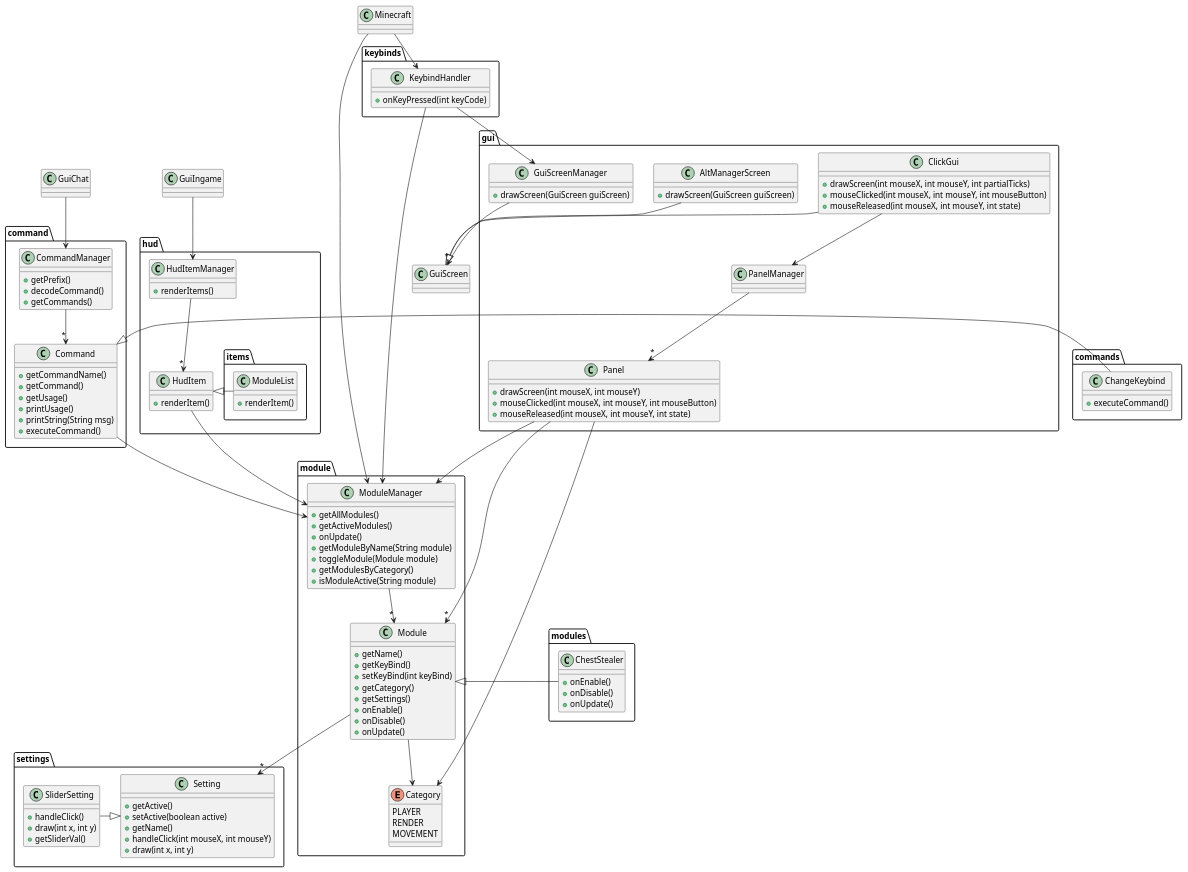
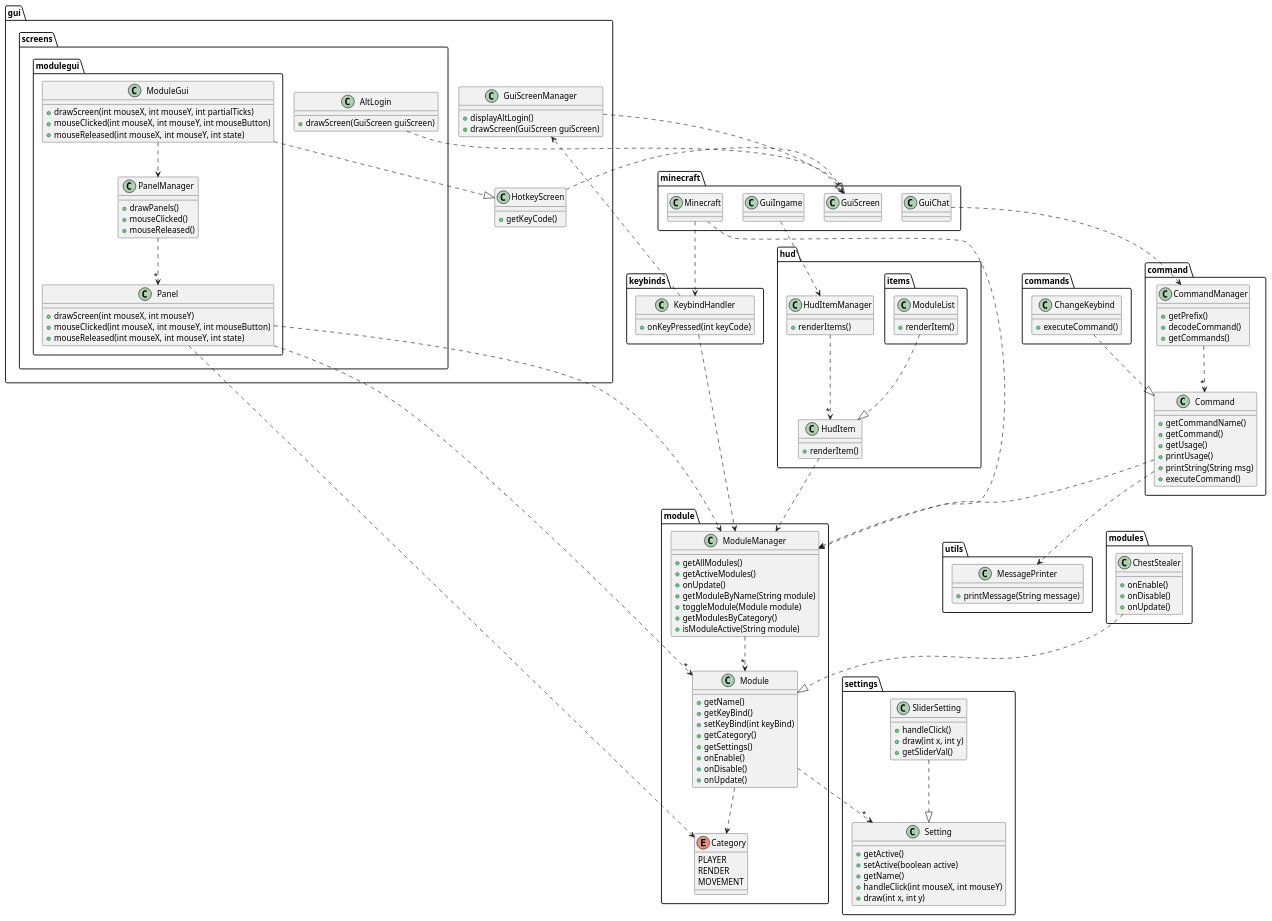
Before and after one commit to philipp-sebastian/jetclient: the diagram in jetclient/docs/jetclient.puml, drawn with PlantUML. The commit also changed 30 other files, not shown here.

```diff
--- a/jetclient/docs/jetclient.puml
+++ b/jetclient/docs/jetclient.puml
@@ -1,160 +1,180 @@
 @startuml
 
+namespace minecraft {
 class Minecraft
 class GuiScreen
 class GuiChat
 class GuiIngame
+}
 
 namespace command {
 class Command {
     + getCommandName()
     + getCommand()
     + getUsage()
     + printUsage()
     + printString(String msg)
     + executeCommand()
 }
 
 class CommandManager {
     + getPrefix()
     + decodeCommand()
     + getCommands()
 }
 }
 
 namespace commands {
 class ChangeKeybind {
     + executeCommand()
 }
 }
 
 namespace gui {
+namespace screens {
+namespace modulegui {
 class Panel {
     + drawScreen(int mouseX, int mouseY)
     + mouseClicked(int mouseX, int mouseY, int mouseButton)
     + mouseReleased(int mouseX, int mouseY, int state)
 }
 
 class PanelManager {
-
+    + drawPanels()
+    + mouseClicked()
+    + mouseReleased()
 }
-
-class ClickGui {
+class ModuleGui {
     + drawScreen(int mouseX, int mouseY, int partialTicks)
     + mouseClicked(int mouseX, int mouseY, int mouseButton)
     + mouseReleased(int mouseX, int mouseY, int state)
 }
+}
 
-class AltManagerScreen {
+class AltLogin {
+    + drawScreen(GuiScreen guiScreen)
+}
+}
+
+class GuiScreenManager {
+    + displayAltLogin()
     + drawScreen(GuiScreen guiScreen)
 }
 
-class GuiScreenManager {
-    + drawScreen(GuiScreen guiScreen)
+class HotkeyScreen {
+    + getKeyCode()
 }
 }
 
 namespace hud {
 class HudItem {
     + renderItem()
 }
 
 namespace items {
 class ModuleList {
     + renderItem()
 }
 }
 
 class HudItemManager {
     + renderItems()
 }
 }
 
 namespace keybinds {
 class KeybindHandler {
     + onKeyPressed(int keyCode)
 }
 }
 
 namespace module {
 class Module {
     + getName()
     + getKeyBind()
     + setKeyBind(int keyBind)
     + getCategory()
     + getSettings()
     + onEnable()
     + onDisable()
     + onUpdate()
 }
 
 class ModuleManager {
     + getAllModules()
     + getActiveModules()
     + onUpdate()
     + getModuleByName(String module)
     + toggleModule(Module module)
     + getModulesByCategory()
     + isModuleActive(String module)
 }
 
 enum Category {
     PLAYER
     RENDER
     MOVEMENT
 }
 }
 
 namespace modules {
 class ChestStealer {
     + onEnable()
     + onDisable()
     + onUpdate()
 }
 }
 
 namespace settings {
 class Setting {
     + getActive()
     + setActive(boolean active)
     + getName()
     + handleClick(int mouseX, int mouseY)
     + draw(int x, int y)
 }
 }
 
 namespace settings {
 class SliderSetting {
     + handleClick()
     + draw(int x, int y)
     + getSliderVal()
 }
 }
 
-Minecraft --> ModuleManager
-Minecraft --> KeybindHandler
-GuiChat --> CommandManager
-GuiIngame --> HudItemManager
-GuiScreenManager --> "*" GuiScreen
-ClickGui -|> GuiScreen
-AltManagerScreen -|> GuiScreen
-ModuleManager --> "*" Module
-Module --> Category
-Module --> "*" Setting
-KeybindHandler --> ModuleManager
-KeybindHandler --> GuiScreenManager
-Panel --> "*" Module
-Panel --> Category
-ClickGui --> PanelManager
-PanelManager --> "*" Panel
-Panel --> ModuleManager
-HudItem --> ModuleManager
-HudItemManager --> "*" HudItem
-CommandManager --> "*" Command
-Command --> ModuleManager
-ChangeKeybind -|> Command
-ModuleList -|> HudItem
-ChestStealer -|> Module
-SliderSetting -|> Setting
+namespace utils {
+class MessagePrinter {
+    + printMessage(String message)
+}
+}
+
+Minecraft ..> ModuleManager
+Minecraft ..> KeybindHandler
+GuiChat ..> CommandManager
+GuiIngame ..> HudItemManager
+GuiScreenManager ..> "*" GuiScreen
+ModuleGui ..|> HotkeyScreen
+HotkeyScreen ..|> GuiScreen
+AltLogin ..|> GuiScreen
+ModuleManager ..> "*" Module
+Module ..> Category
+Module ..> "*" Setting
+KeybindHandler ..> ModuleManager
+KeybindHandler ..> GuiScreenManager
+Panel ..> "*" Module
+Panel ..> Category
+ModuleGui ..> PanelManager
+PanelManager ..> "*" Panel
+Panel ..> ModuleManager
+HudItem ..> ModuleManager
+HudItemManager ..> "*" HudItem
+CommandManager ..> "*" Command
+Command ..> ModuleManager
+Command ..> MessagePrinter
+ChangeKeybind ..|> Command
+ModuleList ..|> HudItem
+ChestStealer ..|> Module
+SliderSetting ..|> Setting
 
 @enduml
```
